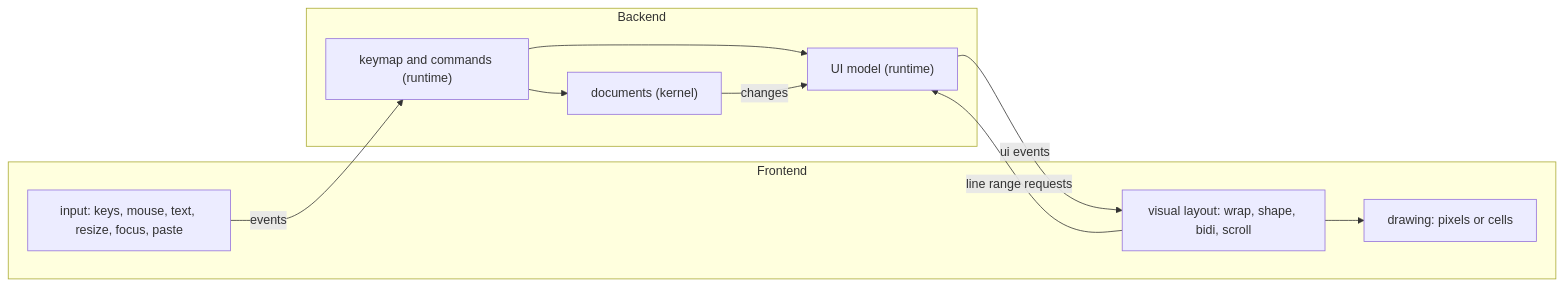
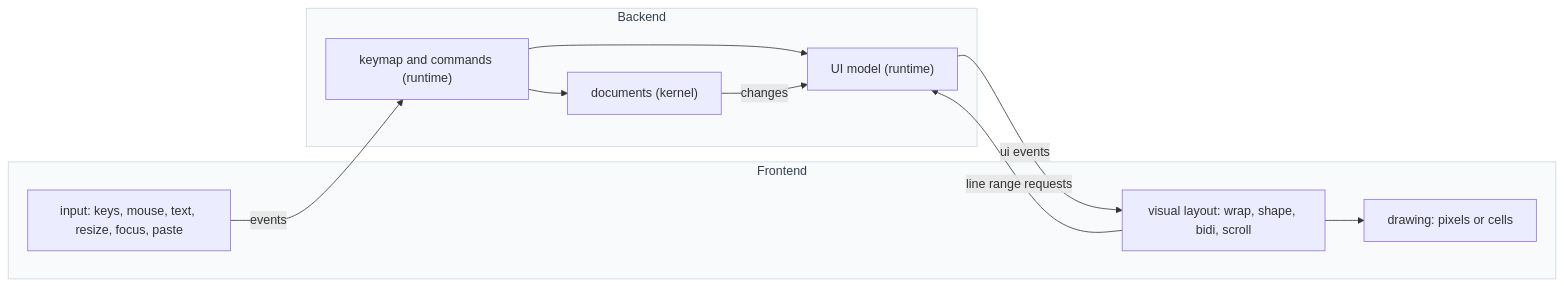
The first of 2 diagrams in docs/architecture/frontend-protocol.md (cdin-editor/spec), drawn with Mermaid before and after one commit. The commit also changed other lines of this file and 9 other files, not shown here.

Commit message:
docs(architecture): specify boundaries, ABI, protocol, concurrency, lifecycle and migration

````diff
--- a/docs/architecture/frontend-protocol.md
+++ b/docs/architecture/frontend-protocol.md
@@ -9,20 +9,22 @@
 ```mermaid
 flowchart LR
     subgraph Frontend
         IN["input: keys, mouse, text, resize, focus, paste"]
         LAY["visual layout: wrap, shape, bidi, scroll"]
         DRAW["drawing: pixels or cells"]
     end
     subgraph Backend
         KM["keymap and commands (runtime)"]
         UIM["UI model (runtime)"]
         DOCS["documents (kernel)"]
     end
     IN -- "events" --> KM
     KM --> UIM
     KM --> DOCS
     DOCS -- "changes" --> UIM
     UIM -- "ui events" --> LAY
     LAY --> DRAW
     LAY -- "line range requests" --> UIM
+    classDef group fill:#f8fafc,stroke:#cbd5e1,color:#334155
+    class Backend,Frontend group
 ```
````
